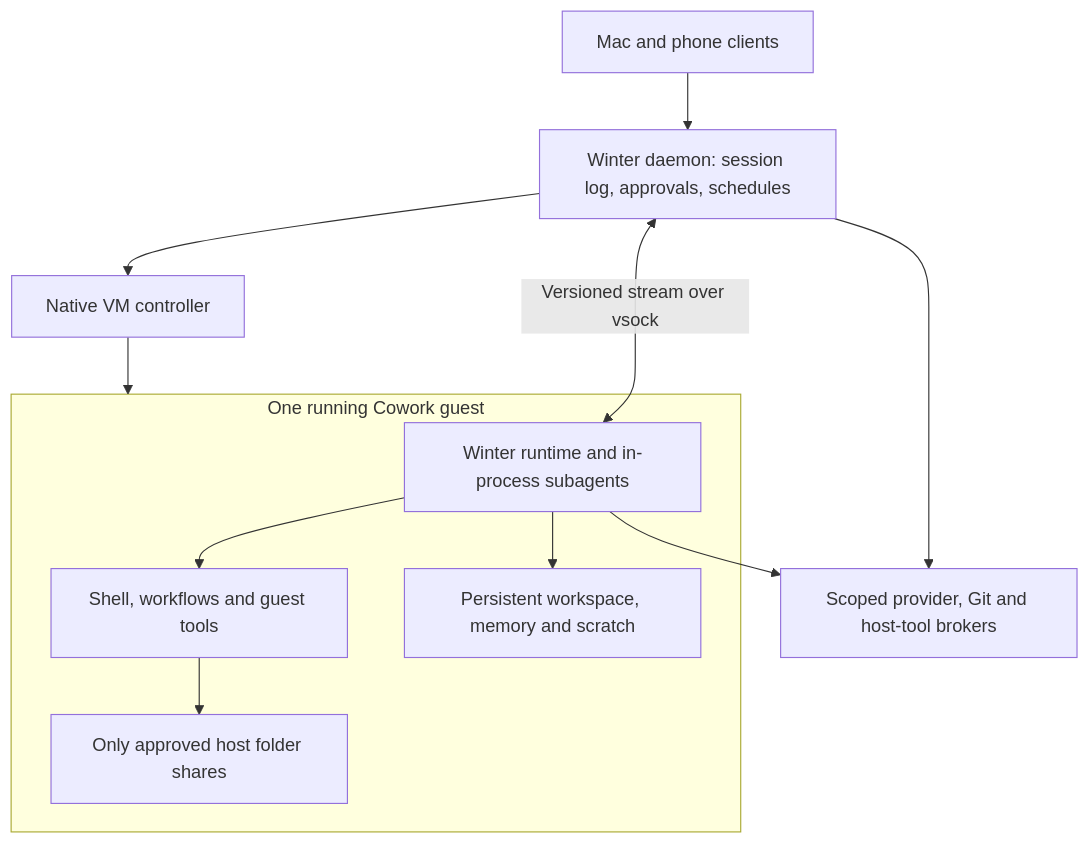
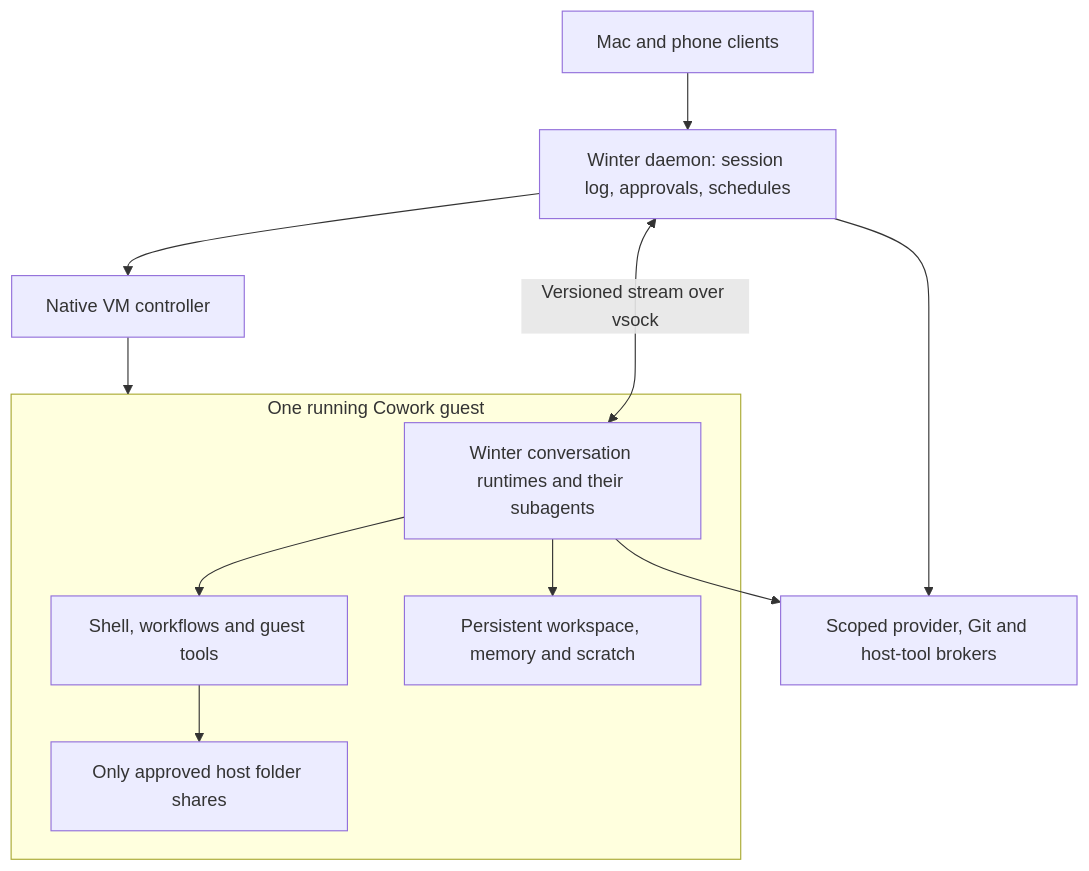
The diagram in docs/research/2026-10-10-cowork-vm-research.md (yanlingLabs/winter), drawn with Mermaid before and after one commit. The commit also changed other lines of this file and 2 other files, not shown here.

Commit message:
docs: start Cowork spec and expand VM architecture comparison

````diff
--- a/docs/research/2026-10-10-cowork-vm-research.md
+++ b/docs/research/2026-10-10-cowork-vm-research.md
@@ -66,16 +67,16 @@
 ```mermaid
 flowchart TB
   UI[Mac and phone clients] --> D[Winter daemon: session log, approvals, schedules]
   D --> V[Native VM controller]
   D --> B[Scoped provider, Git and host-tool brokers]
   V --> G
   subgraph G[One running Cowork guest]
-    W[Winter runtime and in-process subagents]
+    W[Winter conversation runtimes and their subagents]
     T[Shell, workflows and guest tools]
     W --> T
     W --> S[Persistent workspace, memory and scratch]
     T --> F[Only approved host folder shares]
   end
   W <-->|Versioned stream over vsock| D
   W --> B
 ```
````
